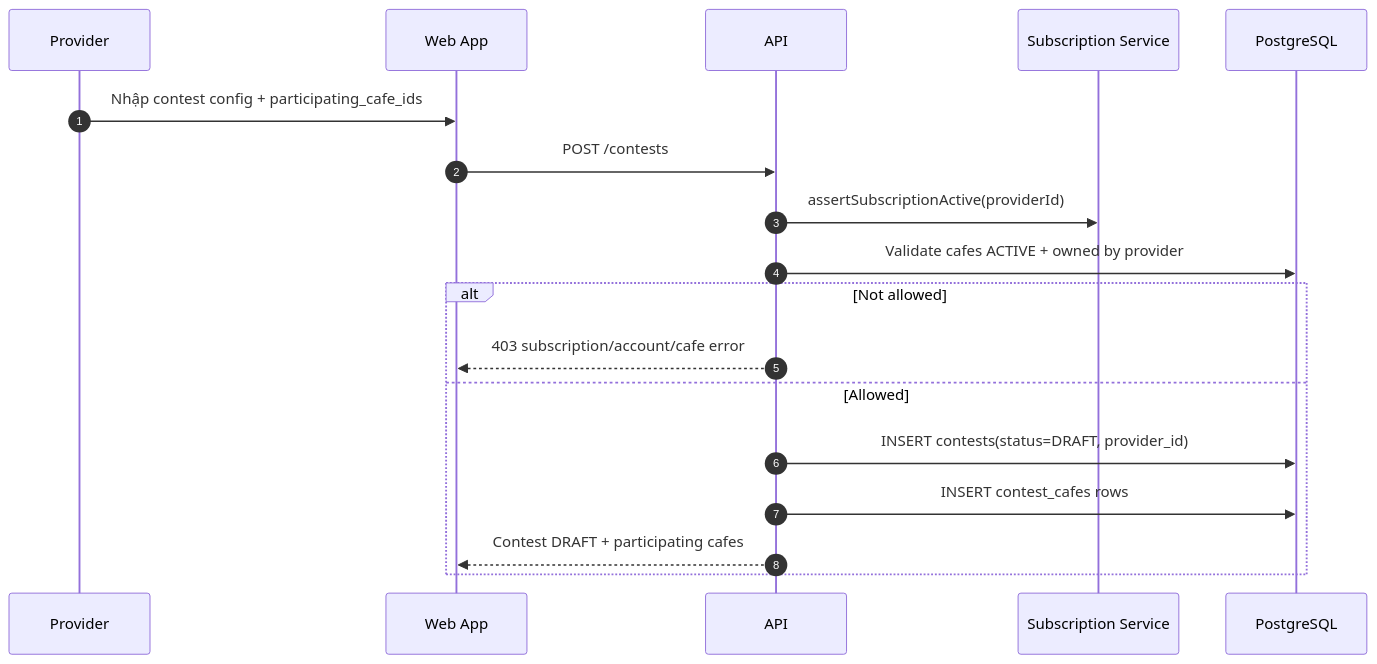
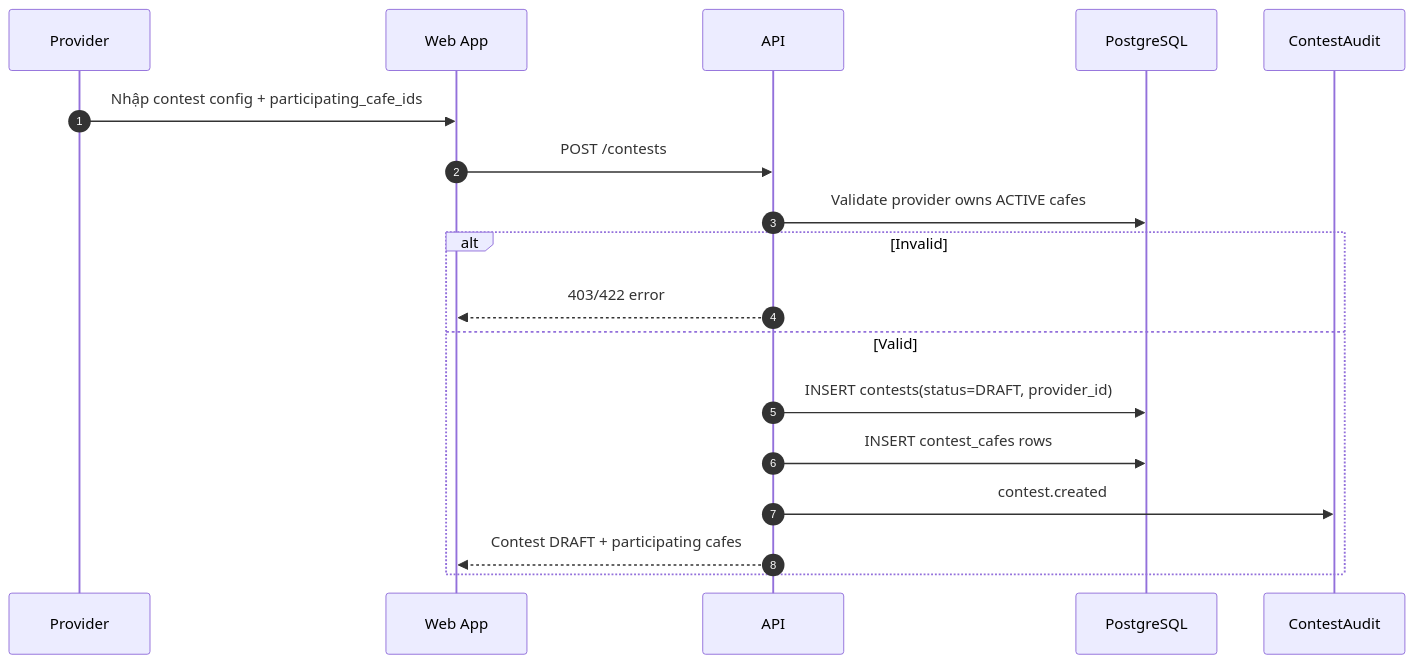
One commit to RCField-SEP490/rcfield-spec changed the first of 10 diagrams in docs/diagrams/sequence/sequence-flow-contest-lifecycle.md. Above: the diagram before and after it, drawn with Mermaid. The commit also changed other lines of this file and 8 other files, not shown here.

````diff
--- a/docs/diagrams/sequence/sequence-flow-contest-lifecycle.md
+++ b/docs/diagrams/sequence/sequence-flow-contest-lifecycle.md
@@ -33,21 +30,21 @@
 ```mermaid
 sequenceDiagram
     autonumber
     participant P as Provider
     participant W as Web App
     participant API as API
-    participant Sub as Subscription Service
     participant DB as PostgreSQL
+    participant Audit as ContestAudit
 
     P->>W: Nhập contest config + participating_cafe_ids
     W->>API: POST /contests
-    API->>Sub: assertSubscriptionActive(providerId)
-    API->>DB: Validate cafes ACTIVE + owned by provider
-    alt Not allowed
-        API-->>W: 403 subscription/account/cafe error
-    else Allowed
+    API->>DB: Validate provider owns ACTIVE cafes
+    alt Invalid
+        API-->>W: 403/422 error
+    else Valid
         API->>DB: INSERT contests(status=DRAFT, provider_id)
         API->>DB: INSERT contest_cafes rows
+        API->>Audit: contest.created
         API-->>W: Contest DRAFT + participating cafes
     end
 ```
````
